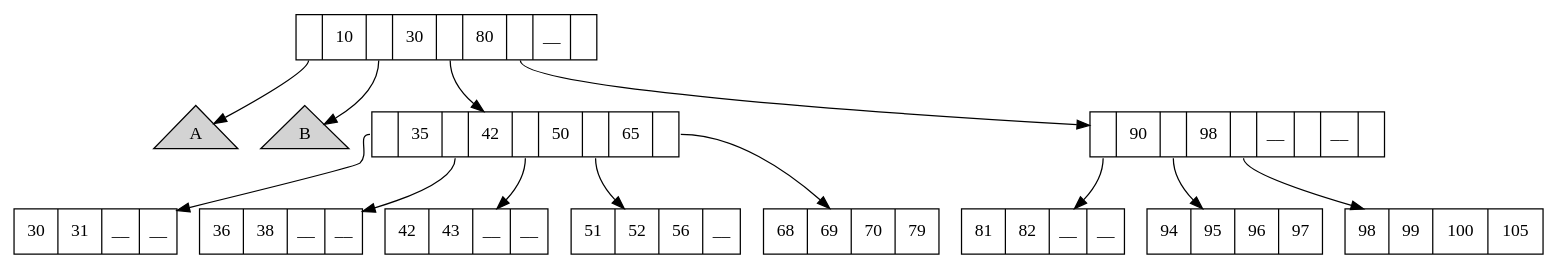
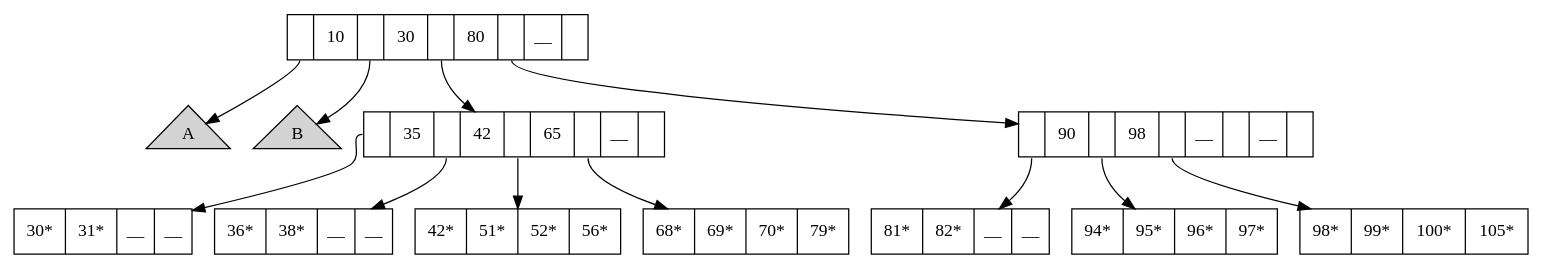
Before and after one commit to sterien7/DB: the diagram in ask2/dotfiles/tree1a.dot, drawn with Graphviz. The commit also changed 7 other files, not shown here.

```diff
--- a/ask2/dotfiles/tree1a.dot
+++ b/ask2/dotfiles/tree1a.dot
@@ -1,47 +1,45 @@
 /* -.-.-.-.-.-.-.-.-.-.-.-.-.-.-.-.-.-.-.-.
  * File Name : init_tree.dot
 
  * Purpose : 2nd assignment on Databases
 
  * Created By : Vasilis 'indorilftw' Gerakaris <vgerak@gmail.com>
  _._._._._._._._._._._._._._._._._._._._._.*/
 
 digraph G
 {
     node [shape = record];
 
     /* Create the nodes */
     A [ shape = triangle, style = filled, label ="A"];
     B [ shape = triangle, style = filled, label ="B"];
     node0 [ label ="<f0>|<f1> 10 |<f2>|<f3> 30 |<f4>|<f5> 80 |<f6>|<f7> __ |<f8>"];
-    node1 [ label ="<f0>|<f1> 35 |<f2>|<f3> 42 |<f4>|<f5> 50 |<f6>|<f7> 65 |<f8>"];
+    node1 [ label ="<f0>|<f1> 35 |<f2>|<f3> 42 |<f4>|<f5> 65 |<f6>|<f7> __ |<f8>"];
     node2 [ label ="<f0>|<f1> 90 |<f2>|<f3> 98 |<f4>|<f5> __ |<f6>|<f7> __ |<f8>"];
 
     /* Create the leaves */
-    leaf0 [ label ="<f0> 30 |<f1> 31 |<f2> __ |<f4> __"];
-    leaf1 [ label ="<f0> 36 |<f1> 38 |<f2> __ |<f4> __"];
-    leaf2 [ label ="<f0> 42 |<f1> 43 |<f2> __ |<f4> __"];
-    leaf3 [ label ="<f0> 51 |<f1> 52 |<f2> 56 |<f4> __"];
-    leaf4 [ label ="<f0> 68 |<f1> 69 |<f2> 70 |<f4> 79"];
-    leaf5 [ label ="<f0> 81 |<f1> 82 |<f2> __ |<f4> __"];
-    leaf6 [ label ="<f0> 94 |<f1> 95 |<f2> 96 |<f4> 97"];
-    leaf7 [ label ="<f0> 98 |<f1> 99 |<f2> 100|<f4> 105"];
+    leaf0 [ label ="<f0> 30* |<f1> 31* |<f2> __  |<f4> __  "];
+    leaf1 [ label ="<f0> 36* |<f1> 38* |<f2> __  |<f4> __  "];
+    leaf3 [ label ="<f0> 42* |<f1> 51* |<f2> 52* |<f4> 56* "];
+    leaf4 [ label ="<f0> 68* |<f1> 69* |<f2> 70* |<f4> 79* "];
+    leaf5 [ label ="<f0> 81* |<f1> 82* |<f2> __  |<f4> __  "];
+    leaf6 [ label ="<f0> 94* |<f1> 95* |<f2> 96* |<f4> 97* "];
+    leaf7 [ label ="<f0> 98* |<f1> 99* |<f2> 100*|<f4> 105*"];
 
     /* Create the connections */
 
     //node0
     "node0":f0 -> "A";
     "node0":f2 -> "B";
     "node0":f4 -> "node1";
     "node0":f6 -> "node2";
     //node1
     "node1":f0 -> "leaf0";
     "node1":f2 -> "leaf1";
-    "node1":f4 -> "leaf2";
-    "node1":f6 -> "leaf3";
-    "node1":f8 -> "leaf4";
+    "node1":f4 -> "leaf3";
+    "node1":f6 -> "leaf4";
     //node2
     "node2":f0 -> "leaf5";
     "node2":f2 -> "leaf6";
     "node2":f4 -> "leaf7";
 }
```
